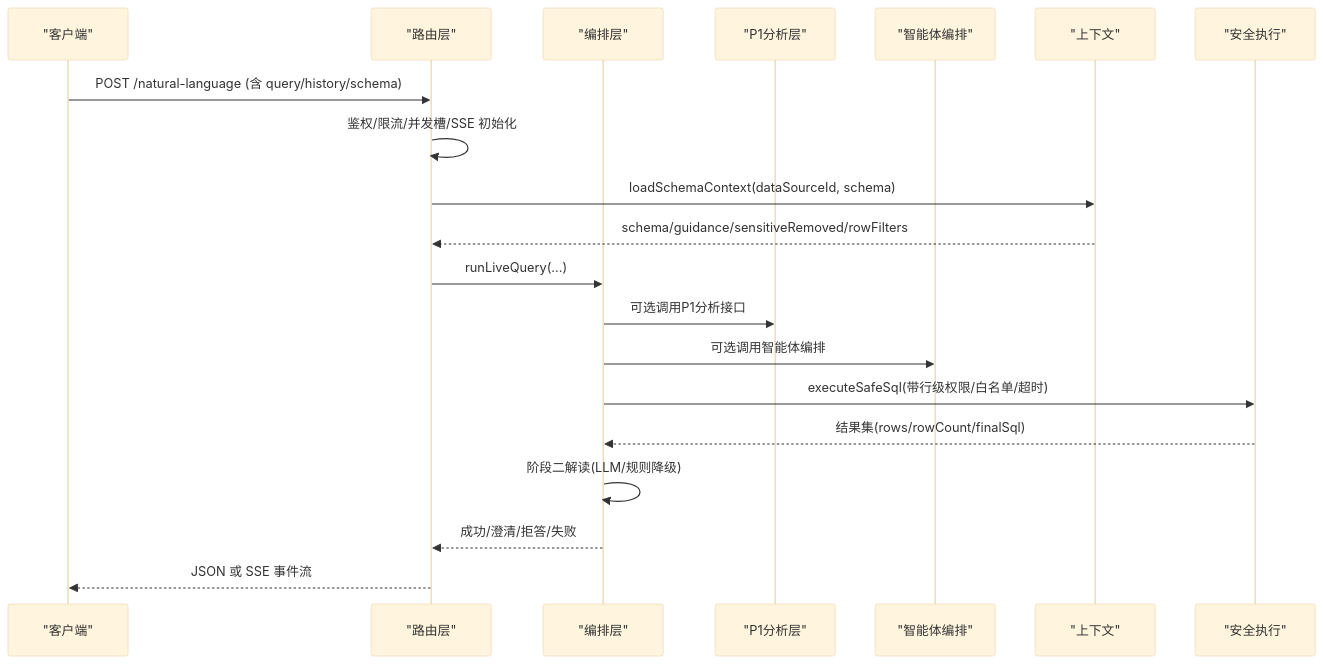
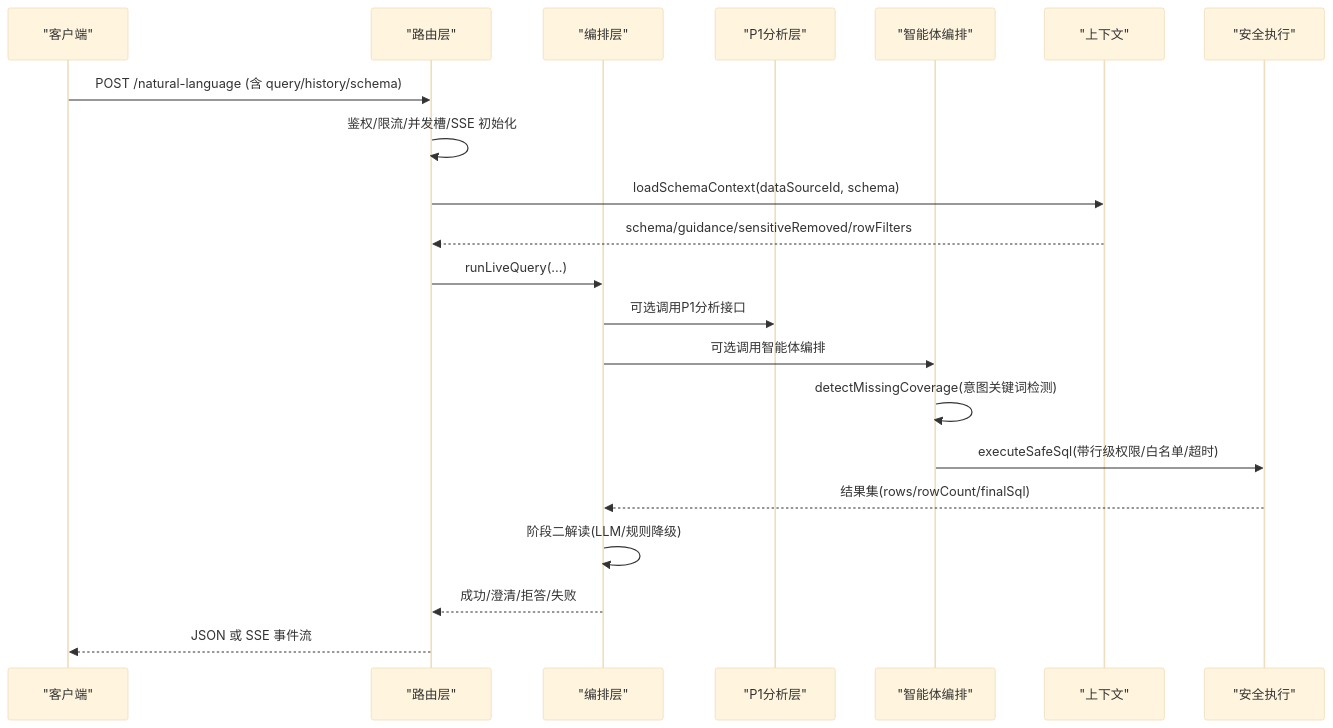
Before and after one commit to dgjin/smart-data-analytics: the second of 10 diagrams in .qoder/repowiki/zh/content/后端服务/核心业务模块/查询处理引擎/查询处理引擎.md, drawn with Mermaid (base theme). The commit also changed other lines of this file and 146 other files, not shown here.

````diff
--- a/.qoder/repowiki/zh/content/后端服务/核心业务模块/查询处理引擎/查询处理引擎.md
+++ b/.qoder/repowiki/zh/content/后端服务/核心业务模块/查询处理引擎/查询处理引擎.md
@@ -116,22 +132,23 @@
 ```mermaid
 sequenceDiagram
 participant C as "客户端"
 participant R as "路由层"
 participant L as "编排层"
 participant A as "P1分析层"
 participant G as "智能体编排"
 participant S as "上下文"
 participant E as "安全执行"
 C->>R : POST /natural-language (含 query/history/schema)
 R->>R : 鉴权/限流/并发槽/SSE 初始化
 R->>S : loadSchemaContext(dataSourceId, schema)
 S-->>R : schema/guidance/sensitiveRemoved/rowFilters
 R->>L : runLiveQuery(...)
 L->>A : 可选调用P1分析接口
 L->>G : 可选调用智能体编排
-L->>E : executeSafeSql(带行级权限/白名单/超时)
+G->>G : detectMissingCoverage(意图关键词检测)
+G->>E : executeSafeSql(带行级权限/白名单/超时)
 E-->>L : 结果集(rows/rowCount/finalSql)
 L->>L : 阶段二解读(LLM/规则降级)
 L-->>R : 成功/澄清/拒答/失败
 R-->>C : JSON 或 SSE 事件流
 ```
````
